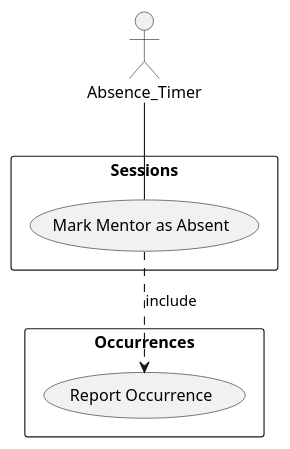
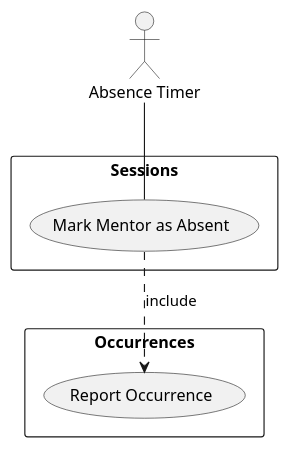
One commit to bmb0136/COMP-3700-Project changed the diagram in Use Cases/MarkMentorAbsent.iuml. Above: the diagram before and after it, drawn with PlantUML.

Commit message:
Fix Absence Timer having an underscore

```diff
--- a/Use Cases/MarkMentorAbsent.iuml
+++ b/Use Cases/MarkMentorAbsent.iuml
@@ -1,11 +1,11 @@
 @startuml MarkMentorAbsent
-actor :Absence_Timer:
+actor :Absence Timer: as AbsenceTimer
 rectangle "Sessions" {
   (Mark Mentor as Absent) as MarkAbsent
 }
 rectangle "Occurrences" {
   (Report Occurrence) as Report
 }
-Absence_Timer -- MarkAbsent
+AbsenceTimer -- MarkAbsent
 MarkAbsent ..> Report : include
 @enduml
```
